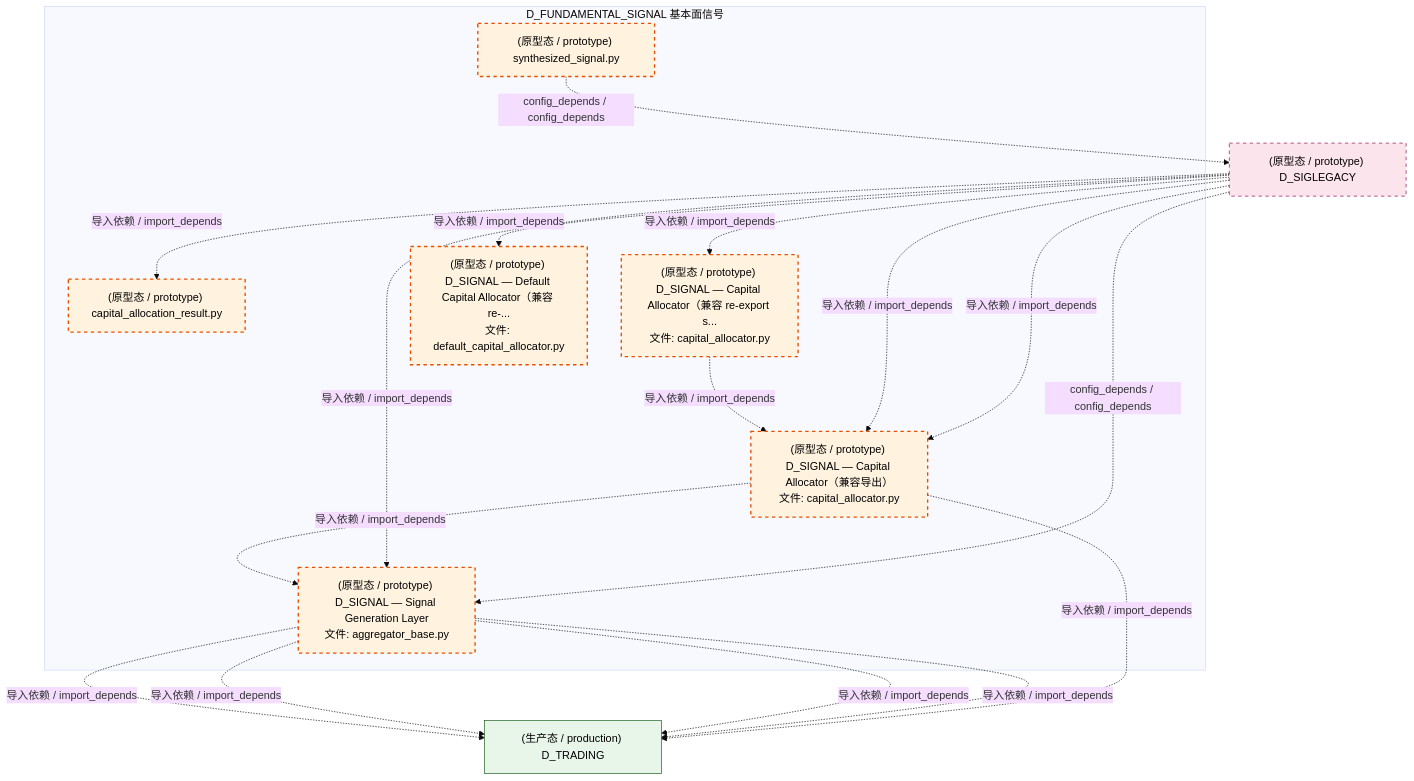
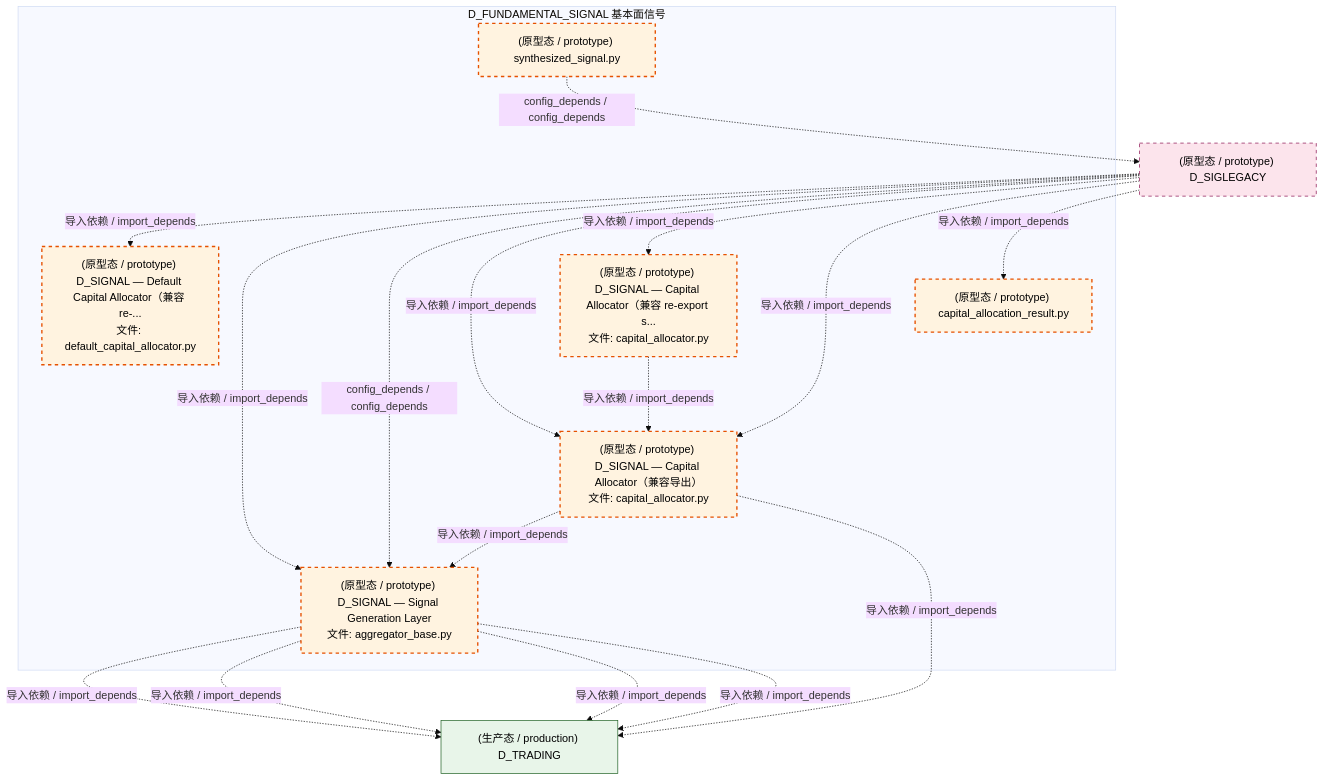
The third of 4 diagrams in docs/02_enterprise_architecture/02_domain_architecture_docs/37_d_fundamental_signal.md (xuanFelixVan/ZephyrAlpha), drawn with Mermaid (base theme) before and after one commit. The commit also changed other lines of this file and 125 other files, not shown here.

````diff
--- a/docs/02_enterprise_architecture/02_domain_architecture_docs/37_d_fundamental_signal.md
+++ b/docs/02_enterprise_architecture/02_domain_architecture_docs/37_d_fundamental_signal.md
@@ -177,35 +177,35 @@
 ```mermaid
 graph TD
     subgraph D_FUNDAMENTAL_SIGNAL["D_FUNDAMENTAL_SIGNAL 基本面信号"]
         src_zephyr_signal_fundamental_capital_capital_allocation_result_py["(原型态 / prototype) capital_allocation_result.py"]
         src_zephyr_signal_fundamental_capital_capital_allocator_py["(原型态 / prototype) D_SIGNAL — Capital Allocator（兼容 re-export s...<br/>文件: capital_allocator.py"]
         src_zephyr_signal_fundamental_capital_default_capital_allocator_py["(原型态 / prototype) D_SIGNAL — Default Capital Allocator（兼容 re-...<br/>文件: default_capital_allocator.py"]
         src_zephyr_signal_fundamental_combiner_synthesized_signal_py["(原型态 / prototype) synthesized_signal.py"]
         src_zephyr_signal_fundamental_gen_aggregator_base_py["(原型态 / prototype) D_SIGNAL — Signal Generation Layer<br/>文件: aggregator_base.py"]
         src_zephyr_signal_fundamental_strategy_capital_allocator_py["(原型态 / prototype) D_SIGNAL — Capital Allocator（兼容导出）<br/>文件: capital_allocator.py"]
     end
     src_zephyr_signal_fundamental_capital_capital_allocator_py -.->|导入依赖 / import_depends| src_zephyr_signal_fundamental_strategy_capital_allocator_py
     src_zephyr_signal_fundamental_strategy_capital_allocator_py -.->|导入依赖 / import_depends| src_zephyr_signal_fundamental_gen_aggregator_base_py
-    D_SIGLEGACY["(原型态 / prototype) D_SIGLEGACY"]
-    src_zephyr_signal_fundamental_combiner_synthesized_signal_py -.->|config_depends / config_depends| D_SIGLEGACY
     D_TRADING["(生产态 / production) D_TRADING"]
     src_zephyr_signal_fundamental_gen_aggregator_base_py -.->|导入依赖 / import_depends| D_TRADING
     src_zephyr_signal_fundamental_gen_aggregator_base_py -.->|导入依赖 / import_depends| D_TRADING
-    src_zephyr_signal_fundamental_gen_aggregator_base_py -.->|导入依赖 / import_depends| D_TRADING
+    D_SIGLEGACY["(原型态 / prototype) D_SIGLEGACY"]
+    src_zephyr_signal_fundamental_combiner_synthesized_signal_py -.->|config_depends / config_depends| D_SIGLEGACY
     src_zephyr_signal_fundamental_gen_aggregator_base_py -.->|导入依赖 / import_depends| D_TRADING
     src_zephyr_signal_fundamental_strategy_capital_allocator_py -.->|导入依赖 / import_depends| D_TRADING
-    D_SIGLEGACY -.->|导入依赖 / import_depends| src_zephyr_signal_fundamental_capital_capital_allocation_result_py
-    D_SIGLEGACY -.->|导入依赖 / import_depends| src_zephyr_signal_fundamental_capital_capital_allocator_py
+    src_zephyr_signal_fundamental_gen_aggregator_base_py -.->|导入依赖 / import_depends| D_TRADING
     D_SIGLEGACY -.->|导入依赖 / import_depends| src_zephyr_signal_fundamental_capital_default_capital_allocator_py
     D_SIGLEGACY -.->|导入依赖 / import_depends| src_zephyr_signal_fundamental_gen_aggregator_base_py
+    D_SIGLEGACY -.->|config_depends / config_depends| src_zephyr_signal_fundamental_gen_aggregator_base_py
     D_SIGLEGACY -.->|导入依赖 / import_depends| src_zephyr_signal_fundamental_strategy_capital_allocator_py
+    D_SIGLEGACY -.->|导入依赖 / import_depends| src_zephyr_signal_fundamental_capital_capital_allocator_py
     D_SIGLEGACY -.->|导入依赖 / import_depends| src_zephyr_signal_fundamental_strategy_capital_allocator_py
-    D_SIGLEGACY -.->|config_depends / config_depends| src_zephyr_signal_fundamental_gen_aggregator_base_py
+    D_SIGLEGACY -.->|导入依赖 / import_depends| src_zephyr_signal_fundamental_capital_capital_allocation_result_py
     classDef production fill:#e1f5fe,stroke:#01579b,stroke-width:2px,color:#000
     classDef design fill:#fff3e0,stroke:#e65100,stroke-width:2px,color:#000,stroke-dasharray: 5 5
     classDef external_prod fill:#e8f5e9,stroke:#1b5e20,stroke-width:1px,color:#000
     classDef external_design fill:#fce4ec,stroke:#880e4f,stroke-width:1px,color:#000,stroke-dasharray: 5 5
     class src_zephyr_signal_fundamental_capital_capital_allocation_result_py,src_zephyr_signal_fundamental_capital_capital_allocator_py,src_zephyr_signal_fundamental_capital_default_capital_allocator_py,src_zephyr_signal_fundamental_combiner_synthesized_signal_py,src_zephyr_signal_fundamental_gen_aggregator_base_py,src_zephyr_signal_fundamental_strategy_capital_allocator_py design
     class D_TRADING external_prod
     class D_SIGLEGACY external_design
 ```
````
